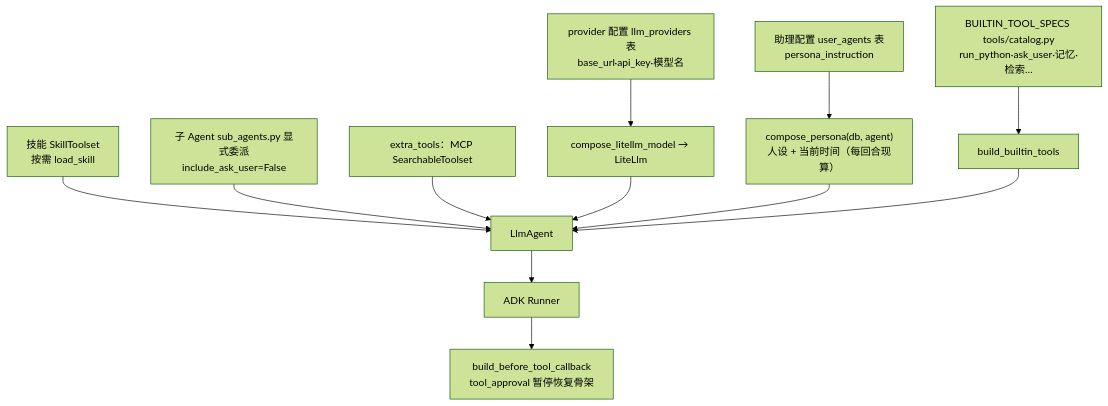
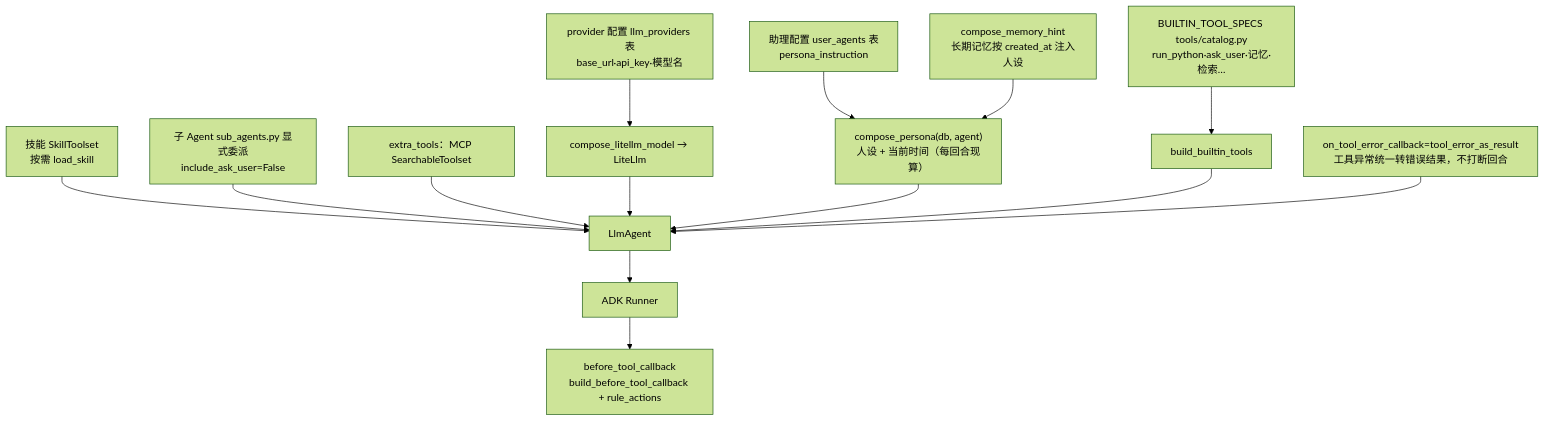
One commit to isfangmk/crewlab changed the first of 4 diagrams in backend/app/knowledge_base/concepts/对话与智能体架构.md. Above: the diagram before and after it, drawn with Mermaid (forest theme). The commit also changed other lines of this file and 11 other files, not shown here.

````diff
--- a/backend/app/knowledge_base/concepts/对话与智能体架构.md
+++ b/backend/app/knowledge_base/concepts/对话与智能体架构.md
@@ -7,14 +9,16 @@
 ```mermaid
 flowchart TD
   PROV["provider 配置 llm_providers 表<br/>base_url·api_key·模型名"] --> CM["compose_litellm_model → LiteLlm"]
   AGENTCFG["助理配置 user_agents 表<br/>persona_instruction"] --> CP["compose_persona(db, agent)<br/>人设 + 当前时间（每回合现算）"]
   SPEC["BUILTIN_TOOL_SPECS tools/catalog.py<br/>run_python·ask_user·记忆·检索…"] --> BT["build_builtin_tools"]
   SKILL["技能 SkillToolset<br/>按需 load_skill"] --> AGENT
   SUB["子 Agent sub_agents.py 显式委派<br/>include_ask_user=False"] --> AGENT
   MCP["extra_tools：MCP SearchableToolset"] --> AGENT
   CM --> AGENT["LlmAgent"]
   CP --> AGENT
   BT --> AGENT
   AGENT --> RUN["ADK Runner"]
-  RUN --> CB["build_before_tool_callback<br/>tool_approval 暂停恢复骨架"]
+  RUN --> CB["before_tool_callback<br/>build_before_tool_callback + rule_actions"]
+  ERR["on_tool_error_callback=tool_error_as_result<br/>工具异常统一转错误结果，不打断回合"] --> AGENT
+  MEM["compose_memory_hint<br/>长期记忆按 created_at 注入人设"] --> CP
 ```
````
